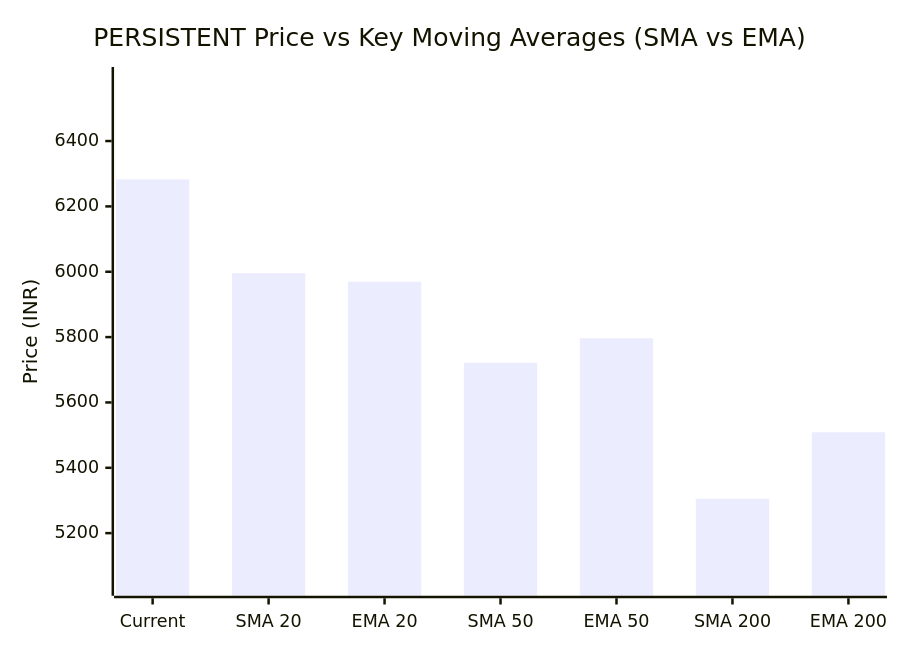
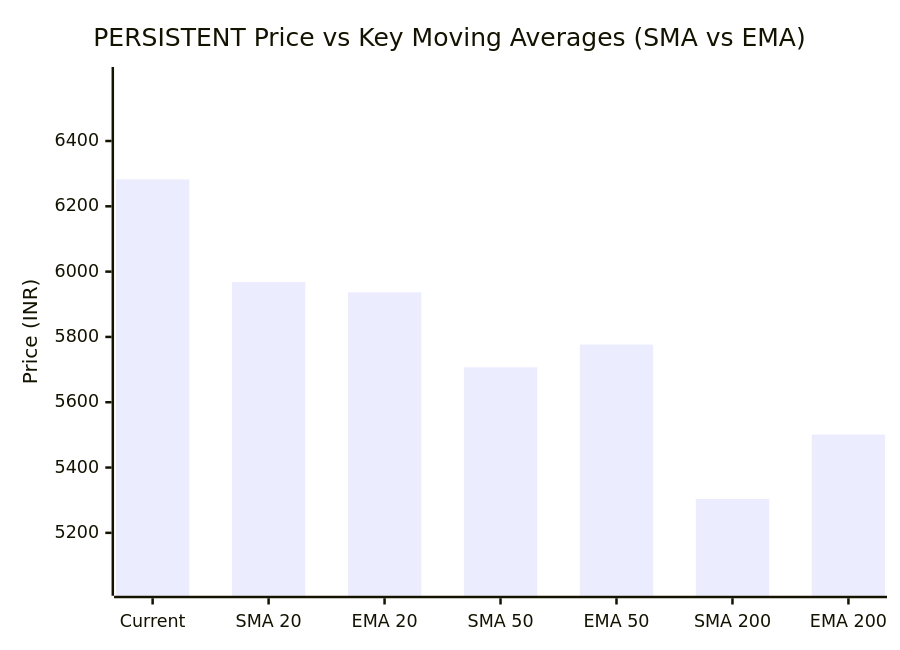
One commit to purnareddy9/dev changed the third of 3 diagrams in market-intelligence/stocks/PERSISTENT/history/2026-11-23.md. Above: the diagram before and after it, drawn with Mermaid. The commit also changed other lines of this file and 3 other files, not shown here.

````diff
--- a/market-intelligence/stocks/PERSISTENT/history/2026-11-23.md
+++ b/market-intelligence/stocks/PERSISTENT/history/2026-11-23.md
@@ -104,7 +104,7 @@
 ```mermaid
 xychart-beta
     title "PERSISTENT Price vs Key Moving Averages (SMA vs EMA)"
     x-axis ["Current", "SMA 20", "EMA 20", "SMA 50", "EMA 50", "SMA 200", "EMA 200"]
-    y-axis "Price (INR)" 5039 --> 6596
-    bar [6282.5, 5995.7, 5969.6, 5721.44, 5796.42, 5304.66, 5508.89]
+    y-axis "Price (INR)" 5038 --> 6596
+    bar [6282.5, 5967.95, 5936.66, 5706.99, 5776.58, 5303.6, 5501.12]
 ```
````
